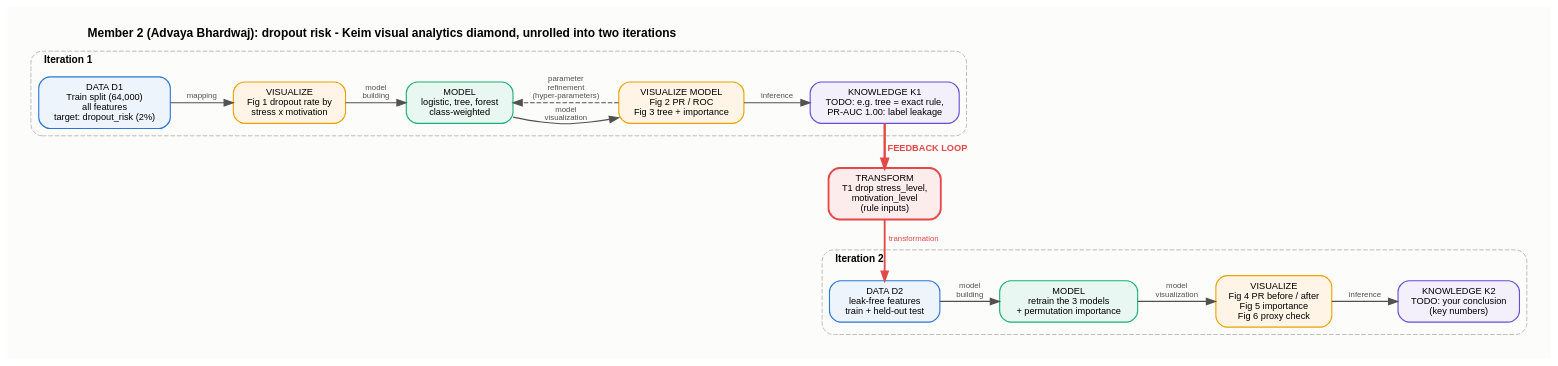
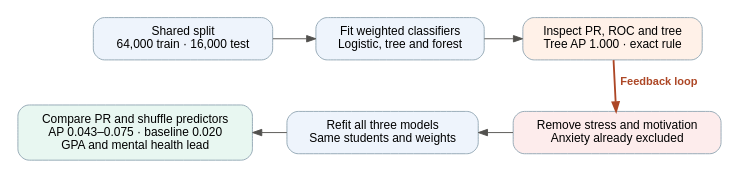
One commit to Tushaarkolipakula/DV changed the diagram in diagrams/M2_workflow_unrolled.dot. Above: the diagram before and after it, drawn with Graphviz. The commit also changed 19 other files, not shown here.

Commit message:
Complete Advaya's classification workflow and verify the three team strands

```diff
--- a/diagrams/M2_workflow_unrolled.dot
+++ b/diagrams/M2_workflow_unrolled.dot
@@ -1,44 +1,18 @@
-// Member 2 TEMPLATE: edit the TODO text in the boxes, then render from this folder:
-//   dot -Tpng -Gdpi=170 M2_workflow_unrolled.dot -o ../images/M2_workflow_unrolled.png
-// Keep the red "FEEDBACK LOOP" edge: the brief requires that label.
-digraph M1 {
-  rankdir=TB; newrank=true; splines=spline; nodesep=0.45; ranksep=0.45;
-  bgcolor="#fcfcfb"; pad=0.25;
-  node [shape=box, style="rounded,filled", fontname="Helvetica", fontsize=10,
-        color="#8a8985", fillcolor="white", penwidth=1.2, margin="0.14,0.08"];
-  edge [fontname="Helvetica", fontsize=8.5, color="#52514e", fontcolor="#52514e", penwidth=1.2];
-  label="Member 2 (Advaya Bhardwaj): dropout risk - Keim visual analytics diamond, unrolled into two iterations";
-  labelloc=t; labeljust=l; fontname="Helvetica-Bold"; fontsize=13;
-
-  subgraph cluster_it1 {
-    label="Iteration 1"; fontname="Helvetica-Bold"; fontsize=11; style="rounded,dashed"; color="#b9b8b3";
-    D1 [label="DATA D1\nTrain split (64,000)\nall features\ntarget: dropout_risk (2%)", fillcolor="#eef4fc", color="#2a78d6"];
-    V1 [label="VISUALIZE\nFig 1 dropout rate by\nstress x motivation", fillcolor="#fff4e5", color="#eda100"];
-    M1 [label="MODEL\nlogistic, tree, forest\nclass-weighted", fillcolor="#e8f7f1", color="#1baf7a"];
-    V1b [label="VISUALIZE MODEL\nFig 2 PR / ROC\nFig 3 tree + importance", fillcolor="#fff4e5", color="#eda100"];
-    K1 [label="KNOWLEDGE K1\nTODO: e.g. tree = exact rule,\nPR-AUC 1.00: label leakage", fillcolor="#f3f0fb", color="#6250d6"];
-    D1 -> V1 [label="mapping"];
-    V1 -> M1 [label="model\nbuilding"];
-    M1 -> V1b [label="model\nvisualization"];
-    V1b -> K1 [label="inference"];
-    V1b -> M1 [label="parameter\nrefinement\n(hyper-parameters)", style=dashed, constraint=false];
-    {rank=same; D1; V1; M1; V1b; K1;}
-  }
-
-  T [label="TRANSFORM\nT1 drop stress_level,\nmotivation_level\n(rule inputs)", fillcolor="#fdecec", color="#e34948", penwidth=2];
-
-  subgraph cluster_it2 {
-    label="Iteration 2"; fontname="Helvetica-Bold"; fontsize=11; style="rounded,dashed"; color="#b9b8b3";
-    D2 [label="DATA D2\nleak-free features\ntrain + held-out test", fillcolor="#eef4fc", color="#2a78d6"];
-    M2 [label="MODEL\nretrain the 3 models\n+ permutation importance", fillcolor="#e8f7f1", color="#1baf7a"];
-    V2 [label="VISUALIZE\nFig 4 PR before / after\nFig 5 importance\nFig 6 proxy check", fillcolor="#fff4e5", color="#eda100"];
-    K2 [label="KNOWLEDGE K2\nTODO: your conclusion\n(key numbers)", fillcolor="#f3f0fb", color="#6250d6"];
-    D2 -> M2 [label="model\nbuilding"];
-    M2 -> V2 [label="model\nvisualization"];
-    V2 -> K2 [label="inference"];
-    {rank=same; D2; M2; V2; K2;}
-  }
-
-  K1 -> T [label="FEEDBACK LOOP", color="#e34948", fontcolor="#e34948", penwidth=2.6, fontsize=10, fontname="Helvetica-Bold"];
-  T -> D2 [label="transformation", color="#e34948", fontcolor="#e34948", penwidth=2];
+digraph Dropout {
+  graph [rankdir=TB, nodesep=.26, ranksep=.48, bgcolor="white", pad=.16];
+  node [shape=box, style="rounded,filled", fontname="Helvetica", fontsize=13,
+        color="#91A6B3", fillcolor="#EEF4FC", margin=".16,.13"];
+  edge [fontname="Helvetica-Bold", fontsize=12, color="#52514e"];
+  data [label="Shared split\n64,000 train · 16,000 test"];
+  first [label="Fit weighted classifiers\nLogistic, tree and forest"];
+  inspect [label="Inspect PR, ROC and tree\nTree AP 1.000 · exact rule", fillcolor="#FFF1E8"];
+  {rank=same; data; first; inspect}
+  data -> first -> inspect;
+  remove [label="Remove stress and motivation\nAnxiety already excluded", fillcolor="#FDECEC"];
+  refit [label="Refit all three models\nSame students and weights"];
+  residual [label="Compare PR and shuffle predictors\nAP 0.043–0.075 · baseline 0.020\nGPA and mental health lead", fillcolor="#E8F7F1"];
+  {rank=same; residual; refit; remove}
+  inspect -> remove [label="Feedback loop", color="#AD4726", fontcolor="#AD4726", penwidth=2];
+  residual -> refit -> remove [dir=back];
+  data -> residual [style=invis];
 }
```
